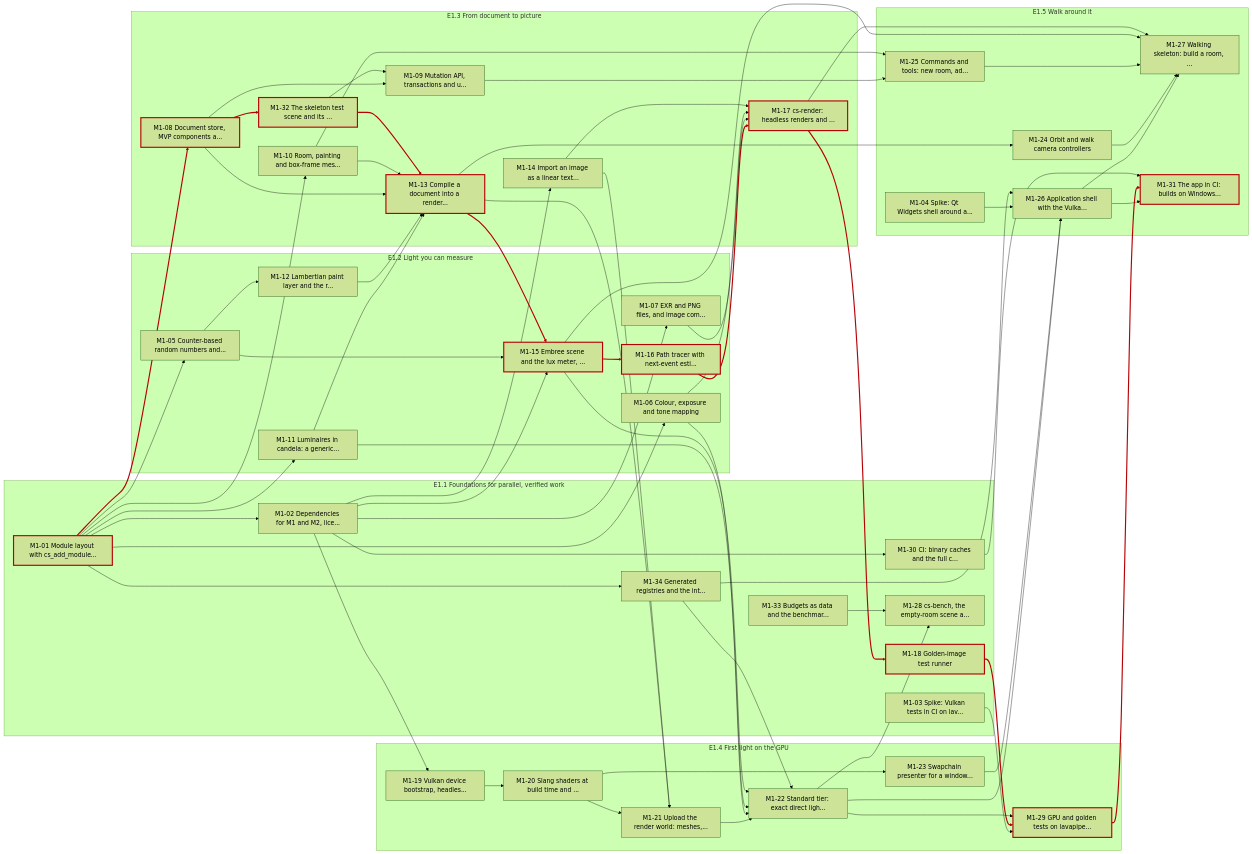
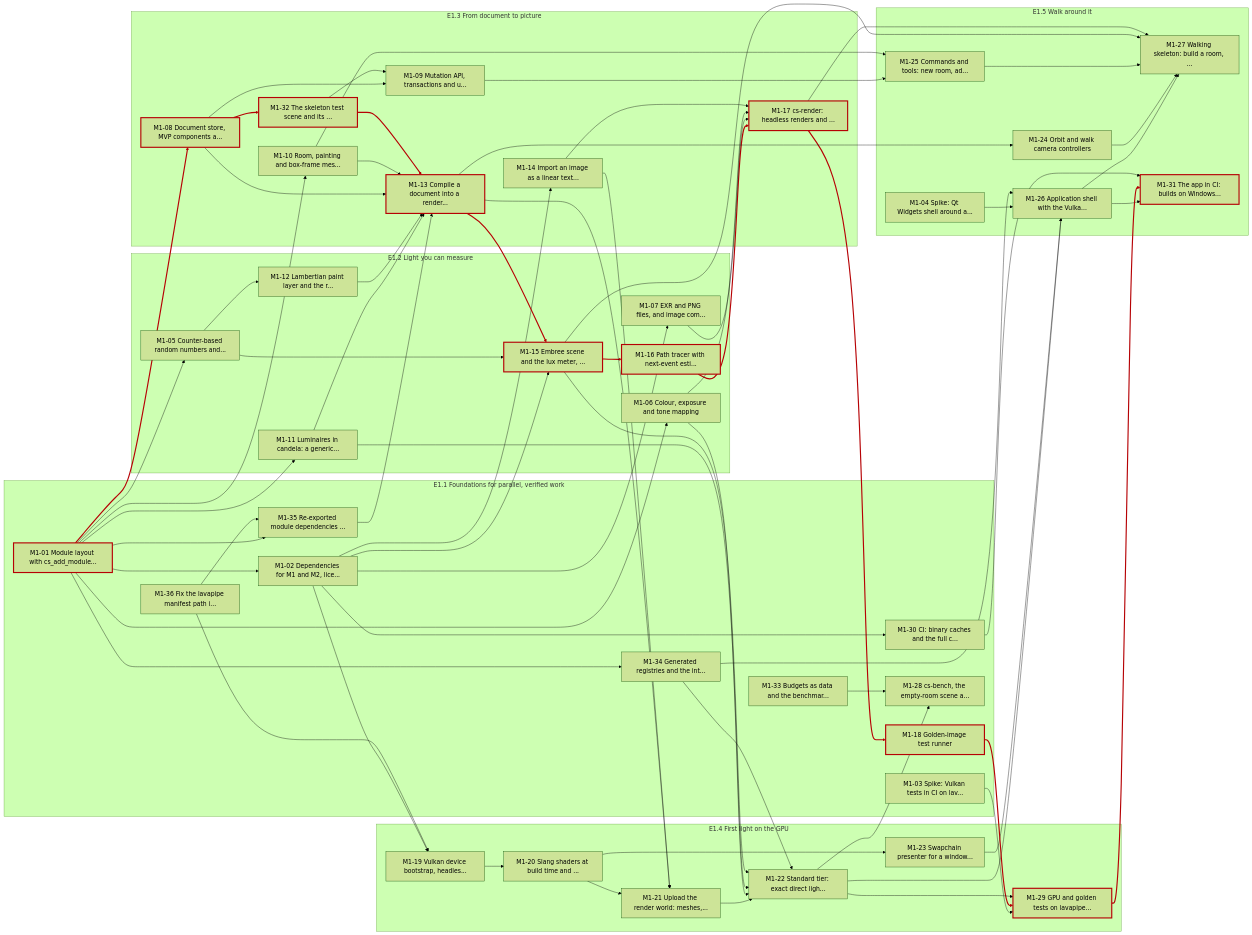
One commit to groundbeeflover/curation_sandbox changed the second of 3 diagrams in docs/roadmap.md. Above: the diagram before and after it, drawn with Mermaid (forest theme). The commit also changed other lines of this file and 9 other files, not shown here.

First line of the commit message:
Queue M1-36 (lavapipe path) first, with a priority label (#114)

````diff
--- a/docs/roadmap.md
+++ b/docs/roadmap.md
@@ -203,6 +205,8 @@
     M1_30["M1-30 CI: binary caches and the full c..."]
     M1_33["M1-33 Budgets as data and the benchmar..."]
     M1_34["M1-34 Generated registries and the int..."]
+    M1_35["M1-35 Re-exported module dependencies ..."]
+    M1_36["M1-36 Fix the lavapipe manifest path i..."]
   end
   subgraph E1_2["E1.2 Light you can measure"]
     M1_05["M1-05 Counter-based random numbers and..."]
@@ -253,6 +257,7 @@
   M1_11 --> M1_13
   M1_12 --> M1_13
   M1_32 --> M1_13
+  M1_35 --> M1_13
   M1_02 --> M1_14
   M1_13 --> M1_15
   M1_05 --> M1_15
@@ -264,6 +269,7 @@
   M1_14 --> M1_17
   M1_17 --> M1_18
   M1_02 --> M1_19
+  M1_36 --> M1_19
   M1_19 --> M1_20
   M1_20 --> M1_21
   M1_13 --> M1_21
@@ -297,7 +303,9 @@
   M1_30 --> M1_31
   M1_08 --> M1_32
   M1_01 --> M1_34
+  M1_01 --> M1_35
+  M1_36 --> M1_35
   classDef crit stroke:#b60205,stroke-width:3px
   class M1_01,M1_08,M1_32,M1_13,M1_15,M1_16,M1_17,M1_18,M1_29,M1_31 crit
-  linkStyle 4,14,16,19,20,24,51,55,57 stroke:#b60205,stroke-width:3px
+  linkStyle 4,14,17,20,21,25,53,57,59 stroke:#b60205,stroke-width:3px
 ```
````
